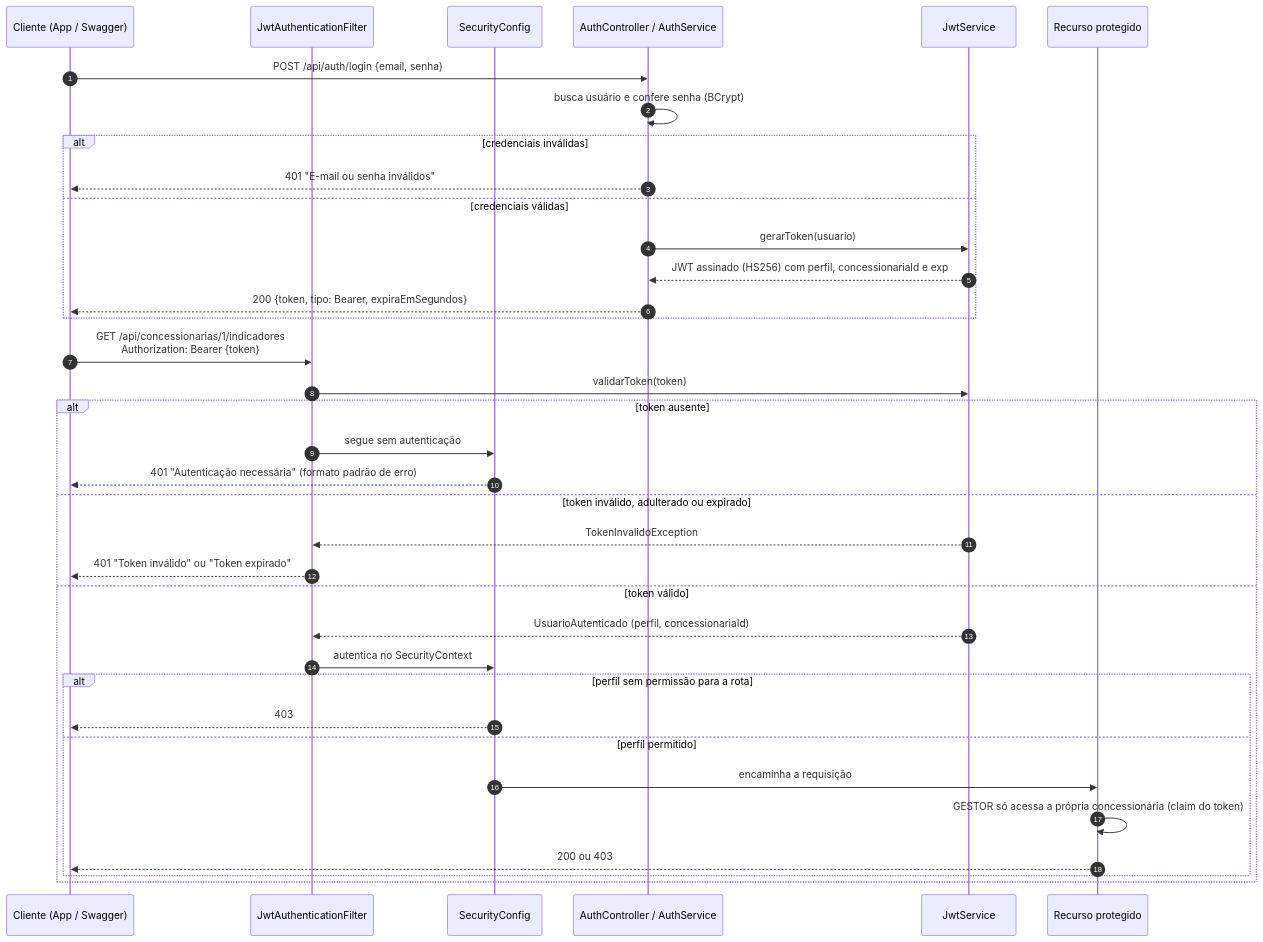
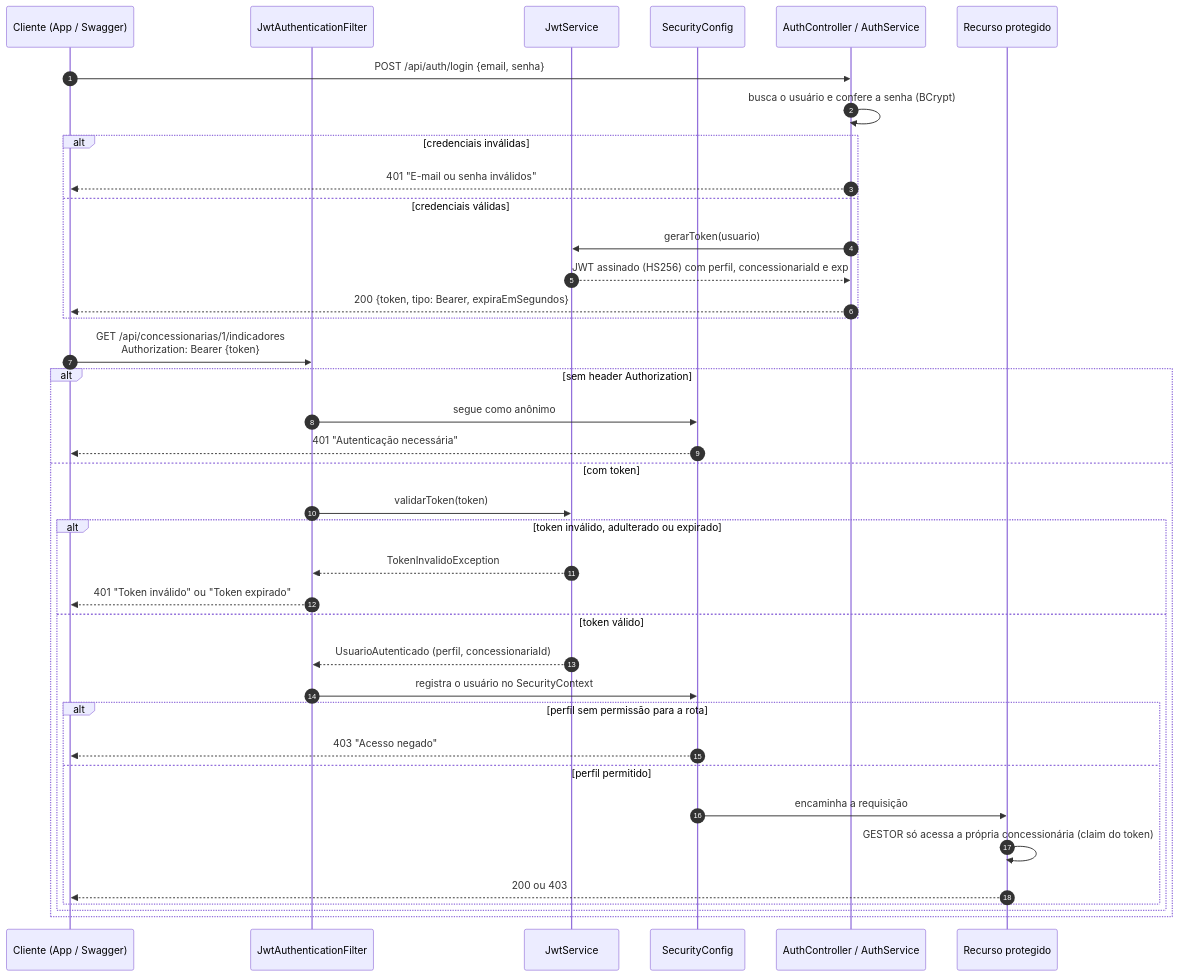
Before and after one commit to CezarBacanieski/challenge-java-soa: the second of 3 diagrams in README.md, drawn with Mermaid. The commit also changed other lines of this file, not shown here.

First line of the commit message:
docs: revisa README com dados conferidos no código

````diff
--- a/README.md
+++ b/README.md
@@ -92,40 +200,42 @@
 ```mermaid
 sequenceDiagram
     autonumber
     participant C as Cliente (App / Swagger)
     participant F as JwtAuthenticationFilter
+    participant J as JwtService
     participant S as SecurityConfig
     participant A as AuthController / AuthService
-    participant J as JwtService
     participant R as Recurso protegido
 
     C->>A: POST /api/auth/login {email, senha}
-    A->>A: busca usuário e confere senha (BCrypt)
+    A->>A: busca o usuário e confere a senha (BCrypt)
     alt credenciais inválidas
         A-->>C: 401 "E-mail ou senha inválidos"
     else credenciais válidas
         A->>J: gerarToken(usuario)
         J-->>A: JWT assinado (HS256) com perfil, concessionariaId e exp
         A-->>C: 200 {token, tipo: Bearer, expiraEmSegundos}
     end
 
     C->>F: GET /api/concessionarias/1/indicadores<br/>Authorization: Bearer {token}
-    F->>J: validarToken(token)
-    alt token ausente
-        F->>S: segue sem autenticação
-        S-->>C: 401 "Autenticação necessária" (formato padrão de erro)
-    else token inválido, adulterado ou expirado
-        J-->>F: TokenInvalidoException
-        F-->>C: 401 "Token inválido" ou "Token expirado"
-    else token válido
-        J-->>F: UsuarioAutenticado (perfil, concessionariaId)
-        F->>S: autentica no SecurityContext
-        alt perfil sem permissão para a rota
-            S-->>C: 403
-        else perfil permitido
-            S->>R: encaminha a requisição
-            R->>R: GESTOR só acessa a própria concessionária (claim do token)
-            R-->>C: 200 ou 403
+    alt sem header Authorization
+        F->>S: segue como anônimo
+        S-->>C: 401 "Autenticação necessária"
+    else com token
+        F->>J: validarToken(token)
+        alt token inválido, adulterado ou expirado
+            J-->>F: TokenInvalidoException
+            F-->>C: 401 "Token inválido" ou "Token expirado"
+        else token válido
+            J-->>F: UsuarioAutenticado (perfil, concessionariaId)
+            F->>S: registra o usuário no SecurityContext
+            alt perfil sem permissão para a rota
+                S-->>C: 403 "Acesso negado"
+            else perfil permitido
+                S->>R: encaminha a requisição
+                R->>R: GESTOR só acessa a própria concessionária (claim do token)
+                R-->>C: 200 ou 403
+            end
         end
     end
 ```
````
